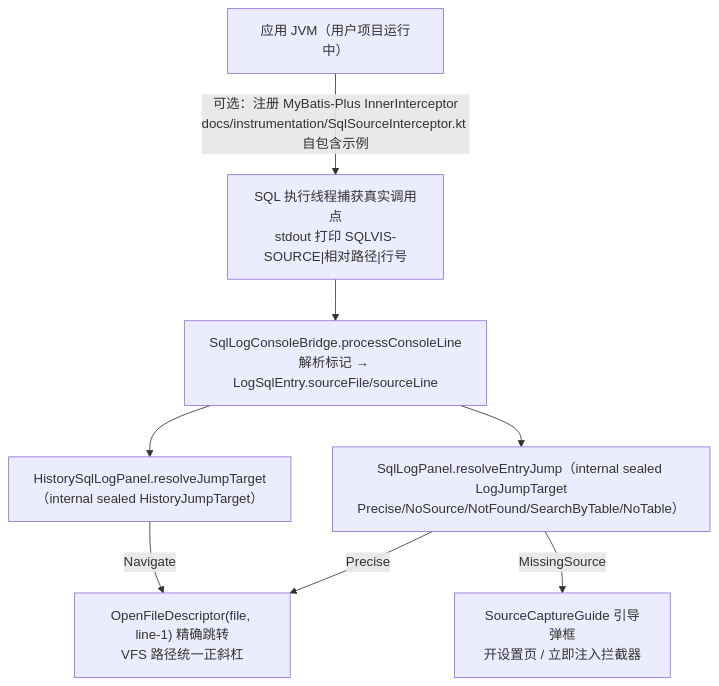
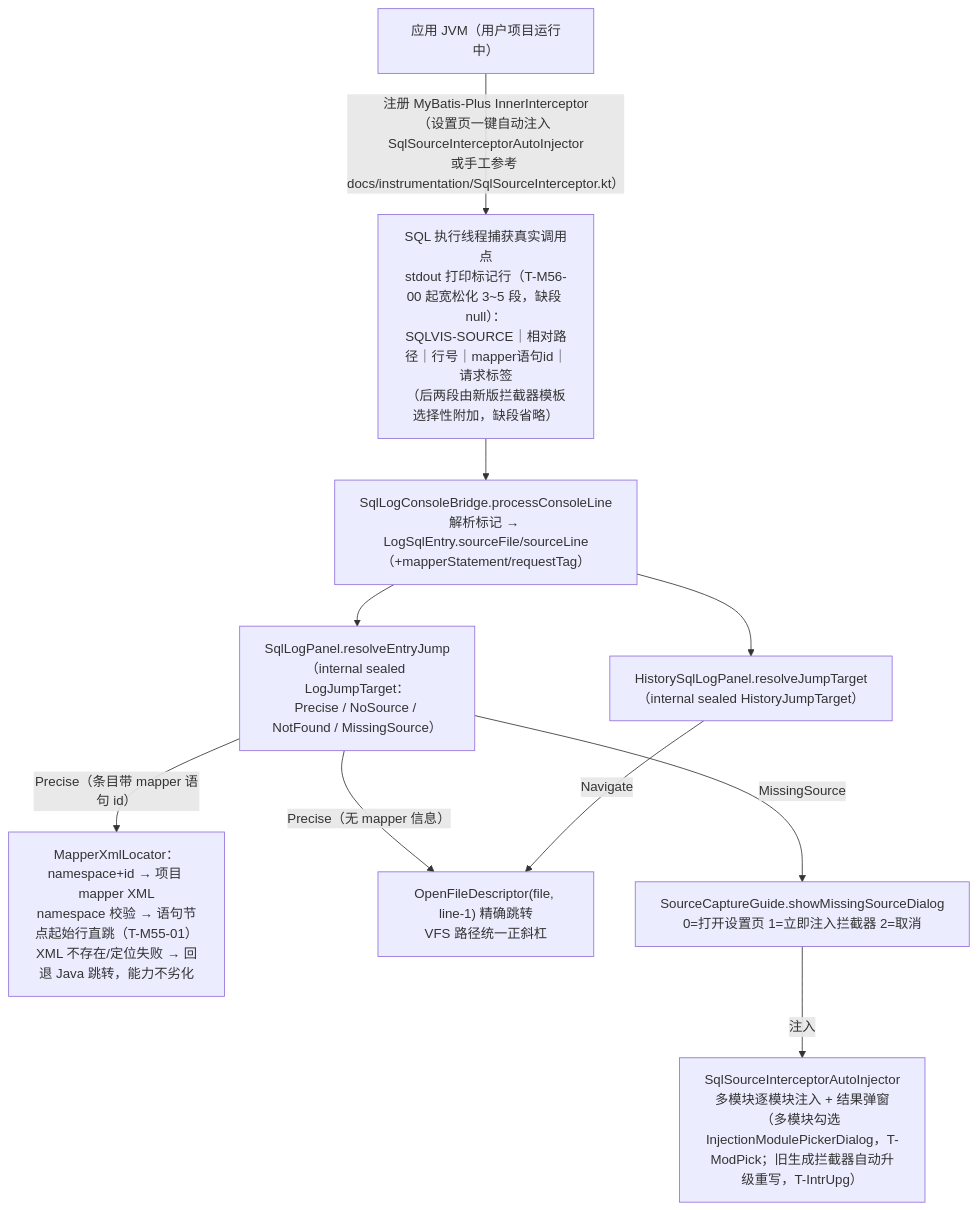
One commit to JayF211/mybatis-plus-sql-visualizer changed diagram 12 of 17 in docs/架构设计/02-核心流程详解.md. Above: the diagram before and after it, drawn with Mermaid. The commit also changed other lines of this file and 156 other files, not shown here.

````diff
--- a/docs/架构设计/02-核心流程详解.md
+++ b/docs/架构设计/02-核心流程详解.md
@@ -446,10 +499,12 @@
 ```mermaid
 flowchart TD
-    APP["应用 JVM（用户项目运行中）"] -->|"可选：注册 MyBatis-Plus InnerInterceptor<br/>docs/instrumentation/SqlSourceInterceptor.kt 自包含示例"| MARK["SQL 执行线程捕获真实调用点<br/>stdout 打印 SQLVIS-SOURCE|相对路径|行号"]
-    MARK --> BRIDGE["SqlLogConsoleBridge.processConsoleLine<br/>解析标记 → LogSqlEntry.sourceFile/sourceLine"]
-    BRIDGE --> P1["SqlLogPanel.resolveEntryJump（internal sealed LogJumpTarget<br/>Precise/NoSource/NotFound/SearchByTable/NoTable）"]
+    APP["应用 JVM（用户项目运行中）"] -->|"注册 MyBatis-Plus InnerInterceptor<br/>（设置页一键自动注入 SqlSourceInterceptorAutoInjector<br/>或手工参考 docs/instrumentation/SqlSourceInterceptor.kt）"| MARK["SQL 执行线程捕获真实调用点<br/>stdout 打印标记行（T-M56-00 起宽松化 3~5 段，缺段 null）：<br/>SQLVIS-SOURCE｜相对路径｜行号｜mapper语句id｜请求标签<br/>（后两段由新版拦截器模板选择性附加，缺段省略）"]
+    MARK --> BRIDGE["SqlLogConsoleBridge.processConsoleLine<br/>解析标记 → LogSqlEntry.sourceFile/sourceLine<br/>（+mapperStatement/requestTag）"]
+    BRIDGE --> P1["SqlLogPanel.resolveEntryJump（internal sealed LogJumpTarget：<br/>Precise / NoSource / NotFound / MissingSource）"]
     BRIDGE --> H1["HistorySqlLogPanel.resolveJumpTarget（internal sealed HistoryJumpTarget）"]
-    P1 -->|"Precise"| J["OpenFileDescriptor(file, line-1) 精确跳转<br/>VFS 路径统一正斜杠"]
+    P1 -->|"Precise（条目带 mapper 语句 id）"| X["MapperXmlLocator：namespace+id → 项目 mapper XML<br/>namespace 校验 → 语句节点起始行直跳（T-M55-01）<br/>XML 不存在/定位失败 → 回退 Java 跳转，能力不劣化"]
+    P1 -->|"Precise（无 mapper 信息）"| J["OpenFileDescriptor(file, line-1) 精确跳转<br/>VFS 路径统一正斜杠"]
     H1 -->|"Navigate"| J
-    P1 -->|"MissingSource"| G["SourceCaptureGuide 引导弹框<br/>开设置页 / 立即注入拦截器"]
+    P1 -->|"MissingSource"| G["SourceCaptureGuide.showMissingSourceDialog<br/>0=打开设置页 1=立即注入拦截器 2=取消"]
+    G -->|"注入"| INJ["SqlSourceInterceptorAutoInjector<br/>多模块逐模块注入 + 结果弹窗（多模块勾选 InjectionModulePickerDialog，T-ModPick；旧生成拦截器自动升级重写，T-IntrUpg）"]
 ```
````
